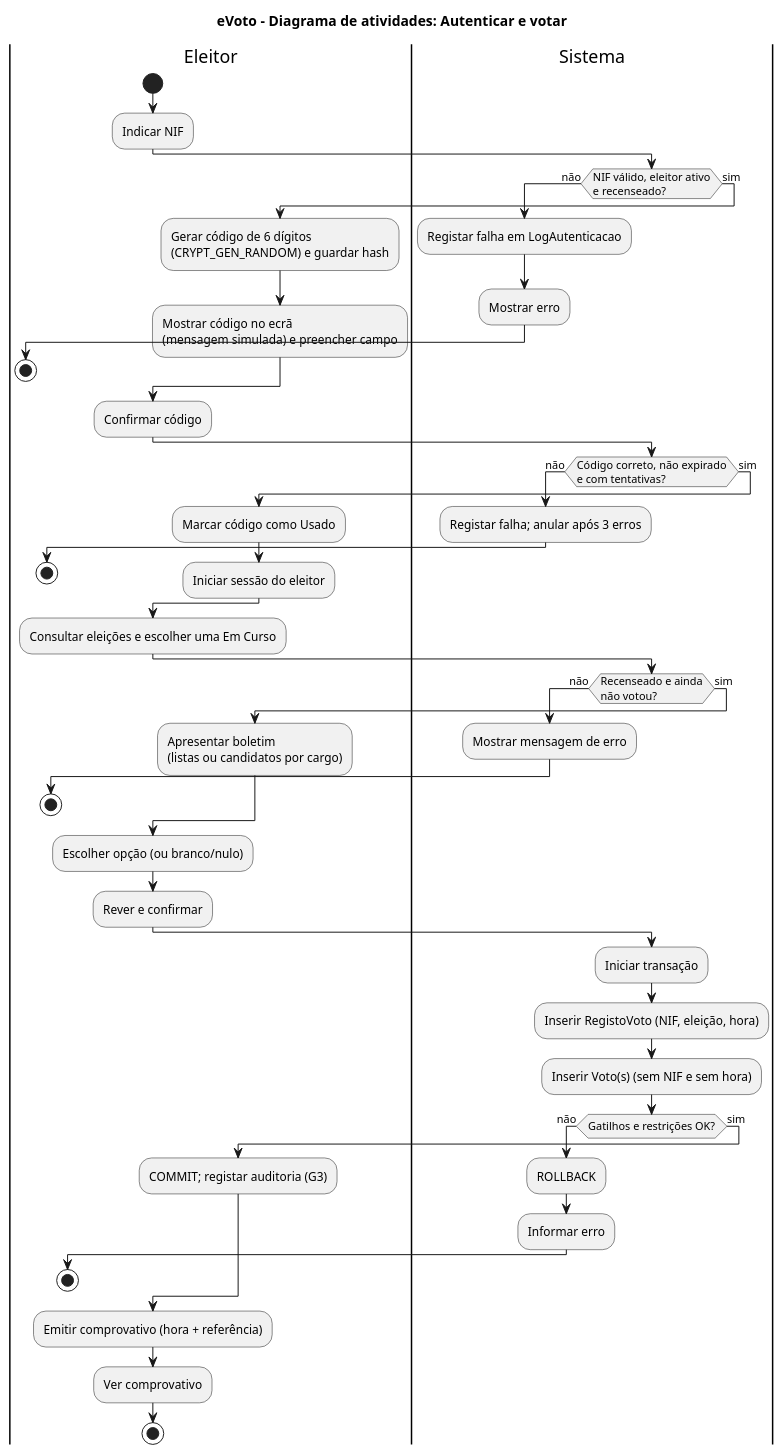
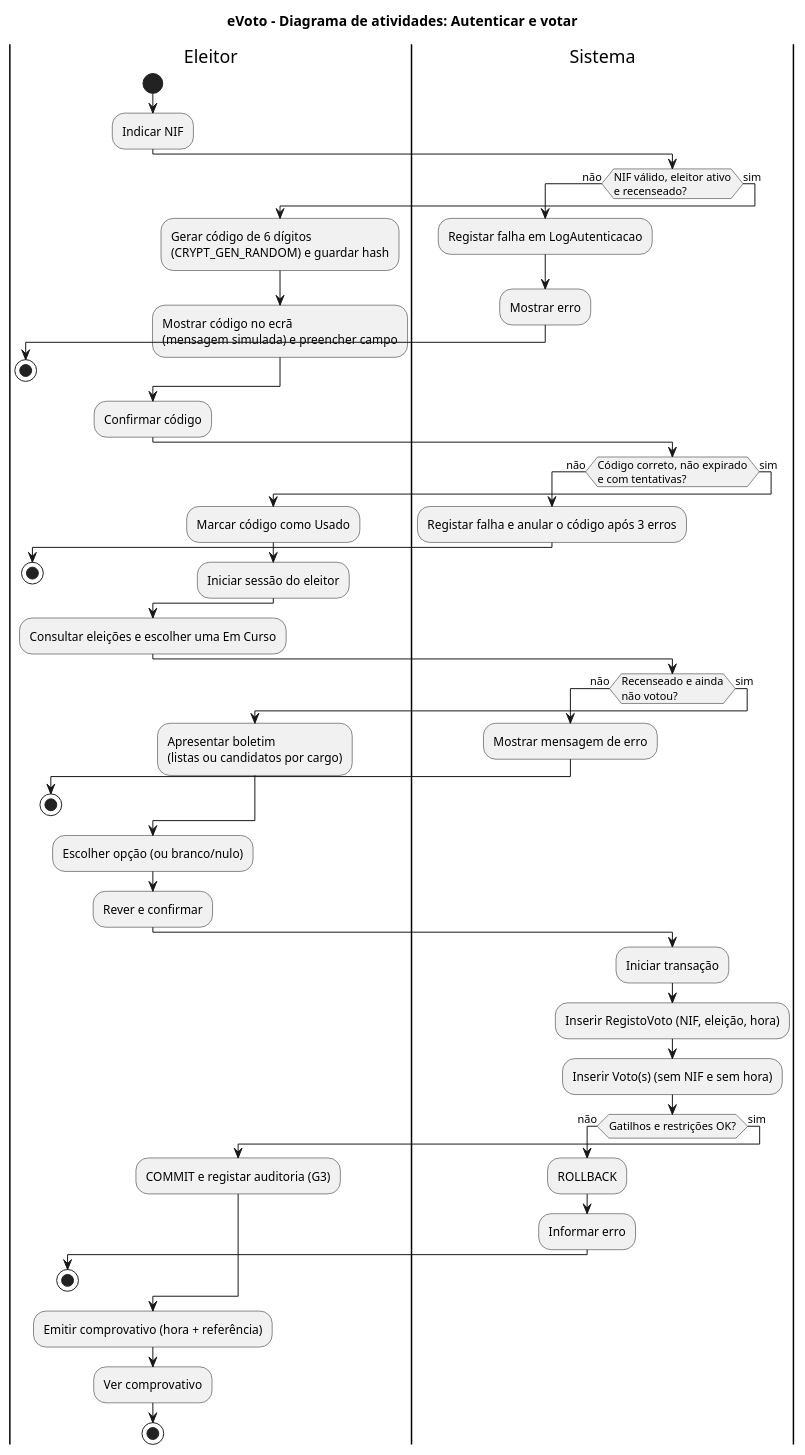
Before and after one commit to Prreira/BDD_Project: the diagram in docs/uml/02_atividade_votar.puml, drawn with PlantUML. The commit also changed 5 other files, not shown here.

First line of the commit message:
Menos eleitores nos dados de demonstracao e correcoes nos diagramas

```diff
--- a/docs/uml/02_atividade_votar.puml
+++ b/docs/uml/02_atividade_votar.puml
@@ -1,56 +1,56 @@
 @startuml
 title eVoto - Diagrama de atividades: Autenticar e votar
 |Eleitor|
 start
 :Indicar NIF;
 |Sistema|
 if (NIF válido, eleitor ativo\ne recenseado?) then (não)
   :Registar falha em LogAutenticacao;
   :Mostrar erro;
   |Eleitor|
   stop
 else (sim)
   :Gerar código de 6 dígitos\n(CRYPT_GEN_RANDOM) e guardar hash;
   :Mostrar código no ecrã\n(mensagem simulada) e preencher campo;
 endif
 |Eleitor|
 :Confirmar código;
 |Sistema|
 if (Código correto, não expirado\ne com tentativas?) then (não)
-  :Registar falha; anular após 3 erros;
+  :Registar falha e anular o código após 3 erros;
   |Eleitor|
   stop
 else (sim)
   :Marcar código como Usado;
   :Iniciar sessão do eleitor;
 endif
 |Eleitor|
 :Consultar eleições e escolher uma Em Curso;
 |Sistema|
 if (Recenseado e ainda\nnão votou?) then (não)
   :Mostrar mensagem de erro;
   |Eleitor|
   stop
 else (sim)
   :Apresentar boletim\n(listas ou candidatos por cargo);
 endif
 |Eleitor|
 :Escolher opção (ou branco/nulo);
 :Rever e confirmar;
 |Sistema|
 :Iniciar transação;
 :Inserir RegistoVoto (NIF, eleição, hora);
 :Inserir Voto(s) (sem NIF e sem hora);
 if (Gatilhos e restrições OK?) then (não)
   :ROLLBACK;
   :Informar erro;
   |Eleitor|
   stop
 else (sim)
-  :COMMIT; registar auditoria (G3);
+  :COMMIT e registar auditoria (G3);
 endif
 :Emitir comprovativo (hora + referência);
 |Eleitor|
 :Ver comprovativo;
 stop
 @enduml
```
